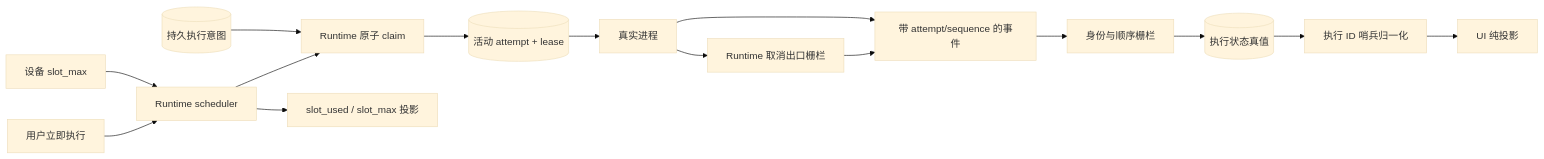
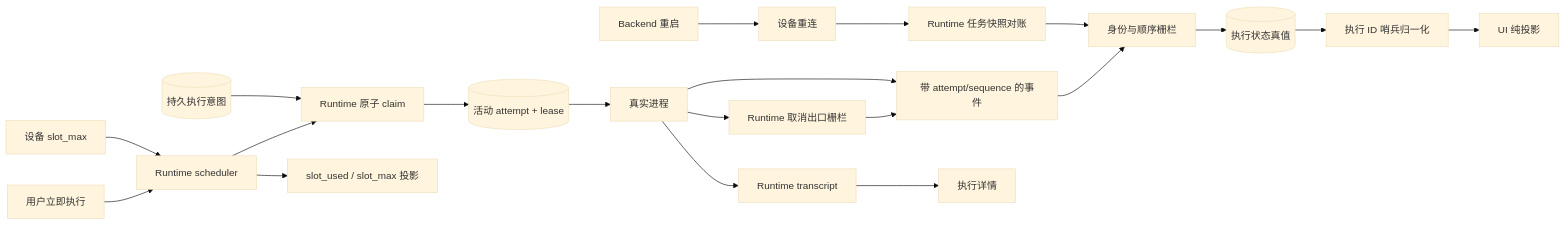
One commit to wecode-ai/Wegent changed the first of 2 diagrams in docs/zh/architecture/project-execution-state.md. Above: the diagram before and after it, drawn with Mermaid (base theme). The commit also changed other lines of this file and 36 other files, not shown here.

````diff
--- a/docs/zh/architecture/project-execution-state.md
+++ b/docs/zh/architecture/project-execution-state.md
@@ -9,18 +9,23 @@
 ```mermaid
 flowchart LR
     INTENT[(持久执行意图)] --> CLAIM[Runtime 原子 claim]
     CLAIM --> ACTIVE[(活动 attempt + lease)]
     ACTIVE --> PROCESS[真实进程]
     PROCESS --> EVENT[带 attempt/sequence 的事件]
+    RESTART[Backend 重启] --> RECONNECT[设备重连]
+    RECONNECT --> SNAPSHOT[Runtime 任务快照对账]
+    SNAPSHOT --> FENCE
     CANCEL_FENCE[Runtime 取消出口栅栏] --> EVENT
     PROCESS --> CANCEL_FENCE
     EVENT --> FENCE[身份与顺序栅栏]
     FENCE --> TRUTH[(执行状态真值)]
     TRUTH --> NORMALIZE[执行 ID 哨兵归一化]
     NORMALIZE --> VIEW
     VIEW[UI 纯投影]
     SETTINGS[设备 slot_max] --> SCHEDULER[Runtime scheduler]
     RUN_NOW[用户立即执行] --> SCHEDULER
     SCHEDULER --> CLAIM
     SCHEDULER --> CAPACITY[slot_used / slot_max 投影]
+    PROCESS --> TRANSCRIPT[Runtime transcript]
+    TRANSCRIPT --> DETAIL[执行详情]
 ```
````
